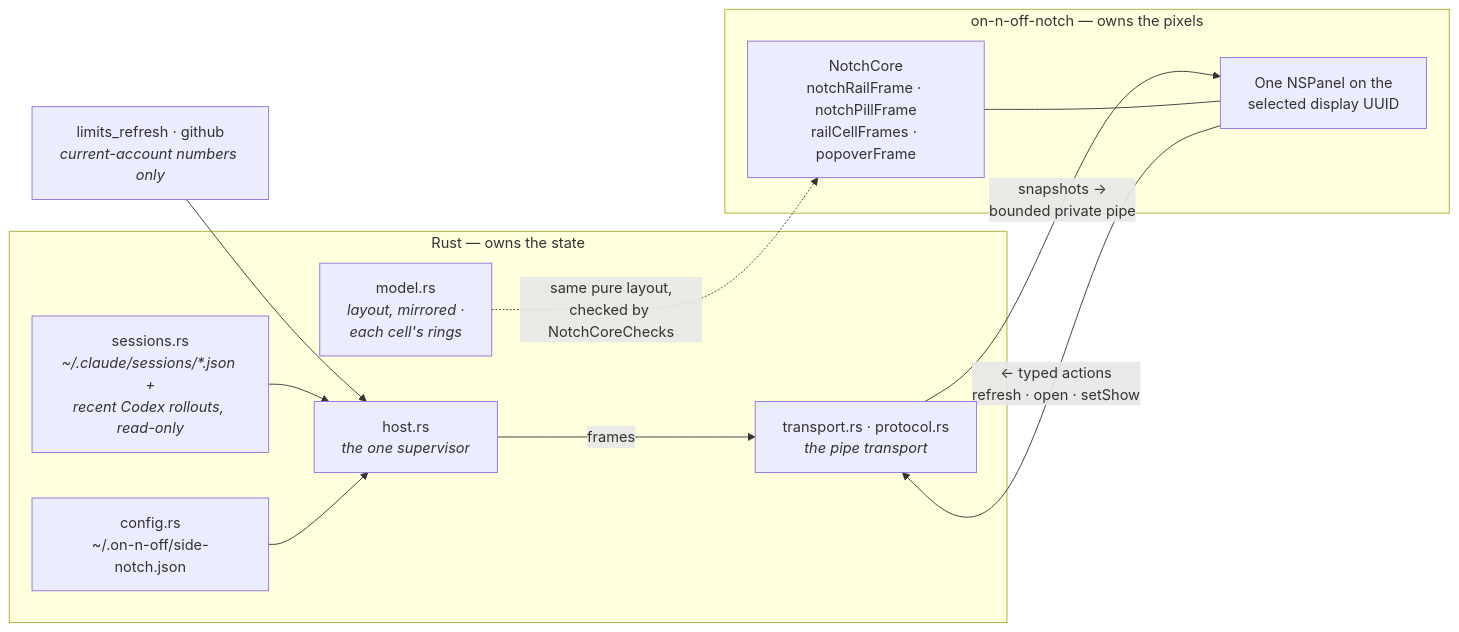
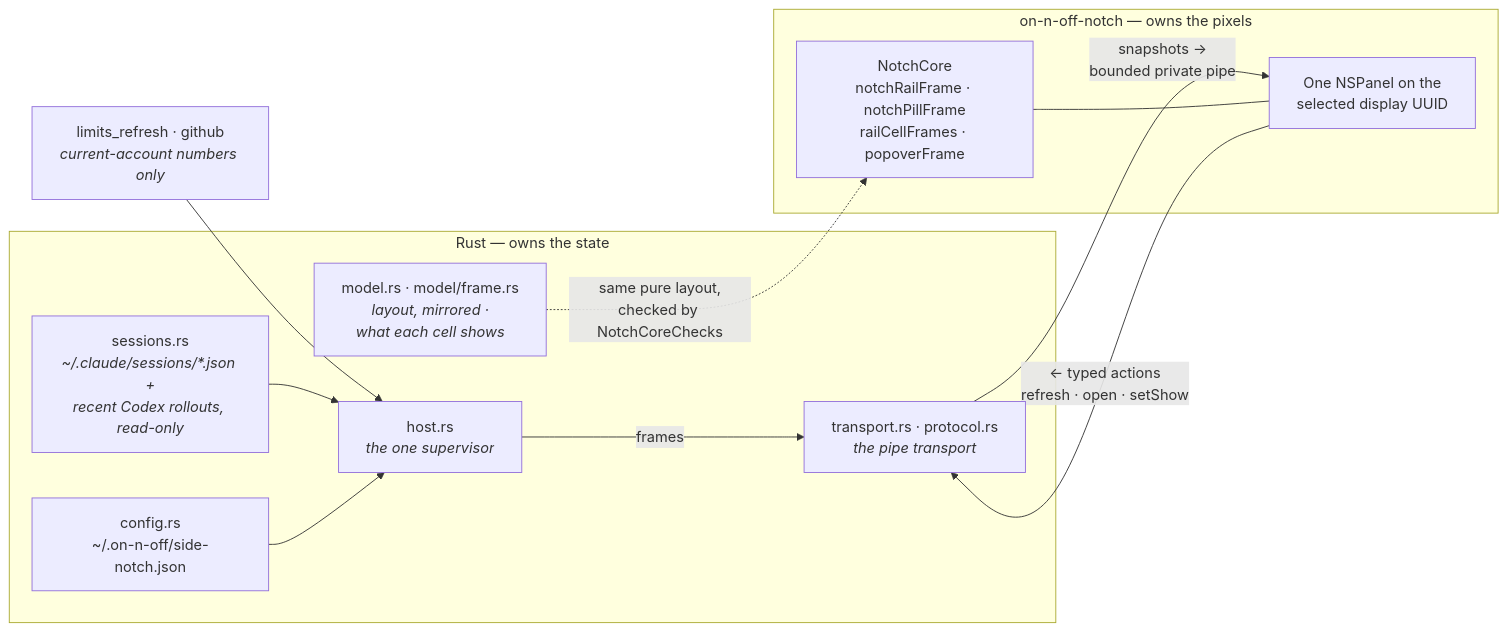
Before and after one commit to giostriquer/on-n-off: the diagram in docs/architecture/side-notch.md, drawn with Mermaid. The commit also changed other lines of this file and 39 other files, not shown here.

First line of the commit message:
refactor: the side notch model decides what each rail cell shows for both notches, sent to the macOS helper as protocol 7 (#90)

````diff
--- a/docs/architecture/side-notch.md
+++ b/docs/architecture/side-notch.md
@@ -62,26 +134,26 @@
 ```mermaid
 flowchart LR
     subgraph rust["Rust — owns the state"]
         cfg["config.rs<br/>~/.on-n-off/side-notch.json"]
         host["host.rs<br/><i>the one supervisor</i>"]
         pipe["transport.rs · protocol.rs<br/><i>the pipe transport</i>"]
         sess["sessions.rs<br/><i>~/.claude/sessions/*.json +<br/>recent Codex rollouts, read-only</i>"]
-        model["model.rs<br/><i>layout, mirrored ·<br/>each cell's rings</i>"]
+        model["model.rs · model/frame.rs<br/><i>layout, mirrored ·<br/>what each cell shows</i>"]
     end
 
     subgraph helper["on-n-off-notch — owns the pixels"]
         core["NotchCore<br/>notchRailFrame · notchPillFrame<br/>railCellFrames · popoverFrame"]
         panel["One NSPanel on the<br/>selected display UUID"]
     end
 
     reads["limits_refresh · github<br/><i>current-account numbers only</i>"]
 
     reads --> host
     sess --> host
     cfg --> host
     host -->|frames| pipe
     pipe -->|"snapshots →<br/>bounded private pipe"| panel
     panel -->|"← typed actions<br/>refresh · open · setShow"| pipe
     core --- panel
     model -.->|"same pure layout,<br/>checked by NotchCoreChecks"| core
 ```
````
